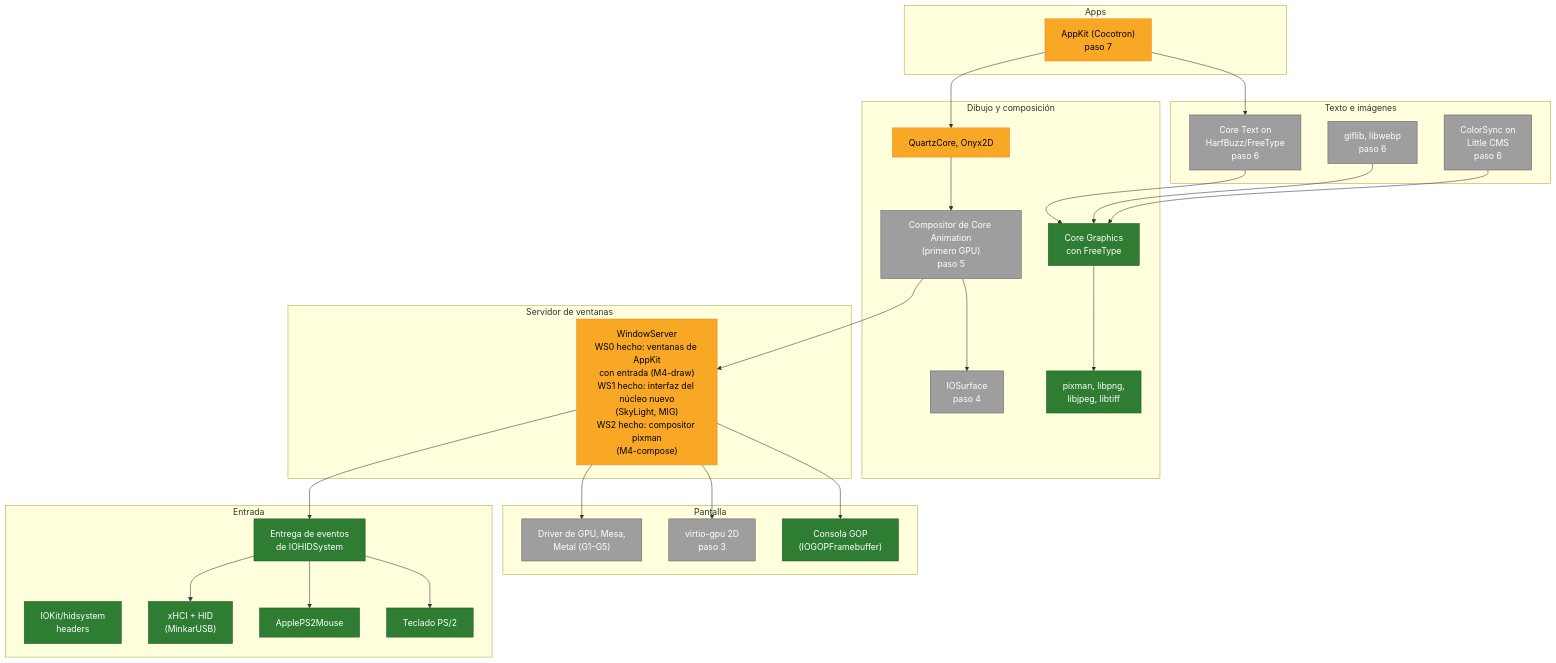
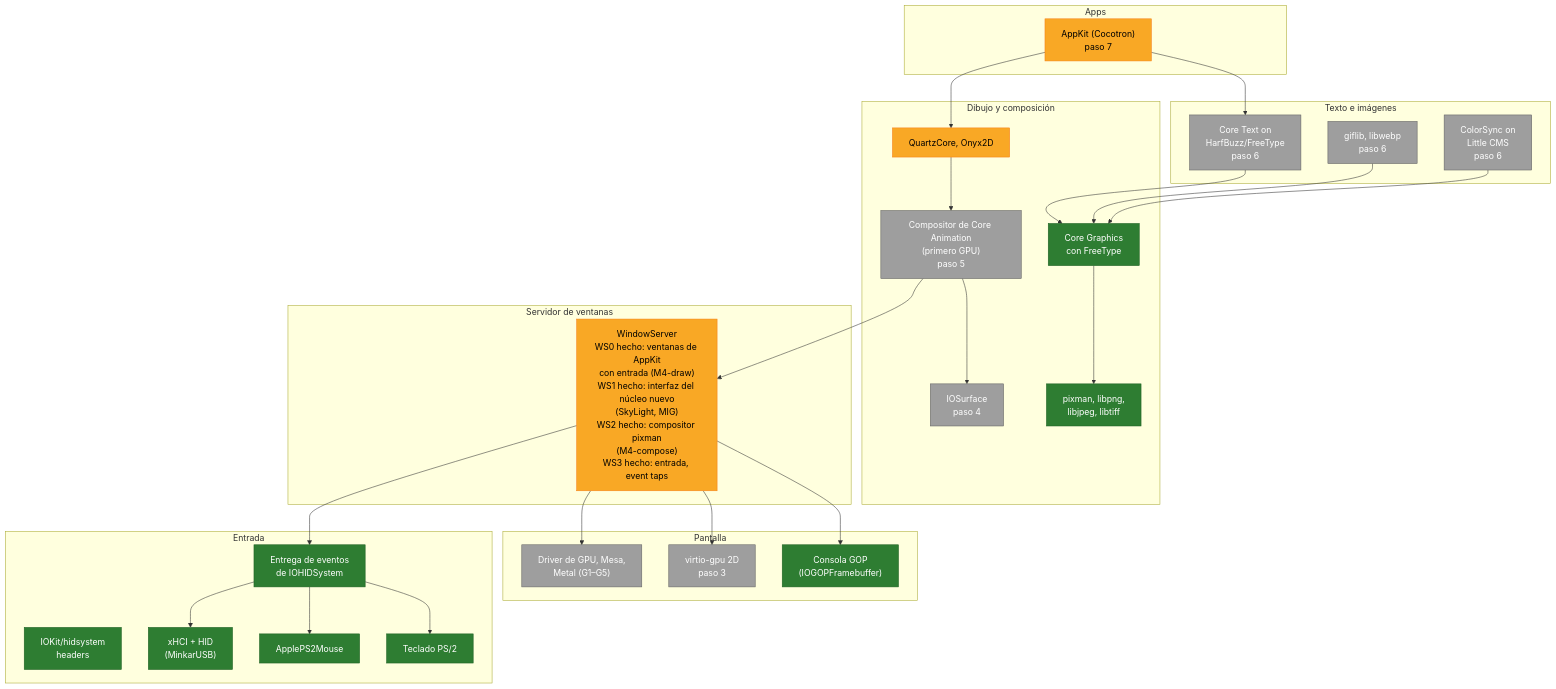
Before and after one commit to minkaros/minkar: the third of 4 diagrams in Docs/Progress.es.md, drawn with Mermaid. The commit also changed other lines of this file and 5 other files, not shown here.

First line of the commit message:
Docs: WS3 done (input and event taps through the new window server)

````diff
--- a/Docs/Progress.es.md
+++ b/Docs/Progress.es.md
@@ -73,48 +73,48 @@
 ```mermaid
 flowchart TB
     subgraph APPS["Apps"]
         AK["AppKit (Cocotron)<br/>paso 7"]:::partial
     end
     subgraph TEXT["Texto e imágenes"]
         CT["Core Text on<br/>HarfBuzz/FreeType<br/>paso 6"]:::todo
         IMG["giflib, libwebp<br/>paso 6"]:::todo
         CS["ColorSync on<br/>Little CMS<br/>paso 6"]:::todo
     end
     subgraph DRAW["Dibujo y composición"]
         CG["Core Graphics<br/>con FreeType"]:::done
         LIBS["pixman, libpng,<br/>libjpeg, libtiff"]:::done
         QC["QuartzCore, Onyx2D"]:::partial
         CA["Compositor de Core Animation<br/>(primero GPU)<br/>paso 5"]:::todo
         IOS["IOSurface<br/>paso 4"]:::todo
     end
     subgraph SERVER["Servidor de ventanas"]
-        WS["WindowServer<br/>WS0 hecho: ventanas de AppKit<br/>con entrada (M4-draw)<br/>WS1 hecho: interfaz del núcleo nuevo<br/>(SkyLight, MIG)<br/>WS2 hecho: compositor pixman<br/>(M4-compose)"]:::partial
+        WS["WindowServer<br/>WS0 hecho: ventanas de AppKit<br/>con entrada (M4-draw)<br/>WS1 hecho: interfaz del núcleo nuevo<br/>(SkyLight, MIG)<br/>WS2 hecho: compositor pixman<br/>(M4-compose)<br/>WS3 hecho: entrada, event taps"]:::partial
     end
     subgraph INPUT["Entrada"]
         HIDH["IOKit/hidsystem<br/>headers"]:::done
         USB["xHCI + HID<br/>(MinkarUSB)"]:::done
         KBD["Teclado PS/2"]:::done
         MOUSE["ApplePS2Mouse"]:::done
         HIDS["Entrega de eventos<br/>de IOHIDSystem"]:::done
     end
     subgraph DISPLAY["Pantalla"]
         GOP["Consola GOP<br/>(IOGOPFramebuffer)"]:::done
         VGPU["virtio-gpu 2D<br/>paso 3"]:::todo
         GPUD["Driver de GPU, Mesa,<br/>Metal (G1–G5)"]:::todo
     end
 
     AK --> CT & QC
     CT --> CG
     QC --> CA --> IOS
     CA --> WS
     WS --> GOP & VGPU & GPUD
     WS --> HIDS
     HIDS --> KBD & MOUSE & USB
     CG --> LIBS
     IMG --> CG
     CS --> CG
 
     classDef done fill:#2e7d32,stroke:#1b5e20,color:#fff
     classDef partial fill:#f9a825,stroke:#f57f17,color:#000
     classDef todo fill:#9e9e9e,stroke:#616161,color:#fff
 ```
````
